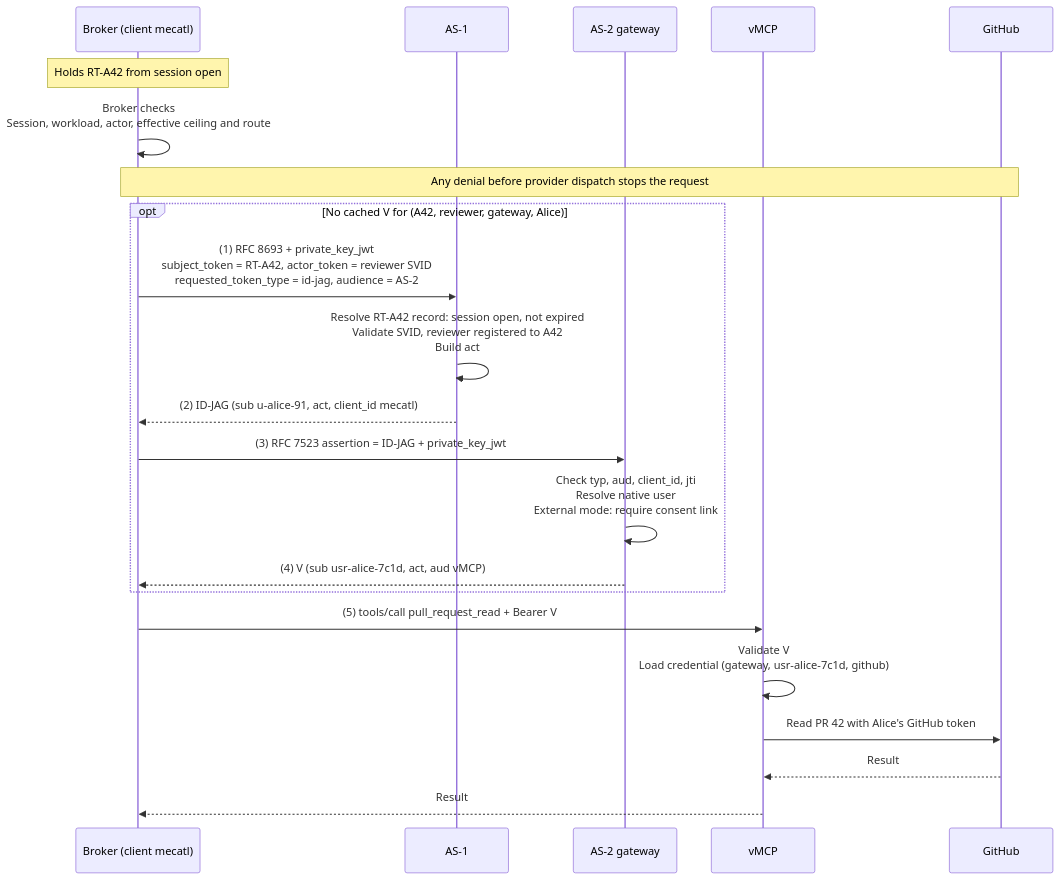
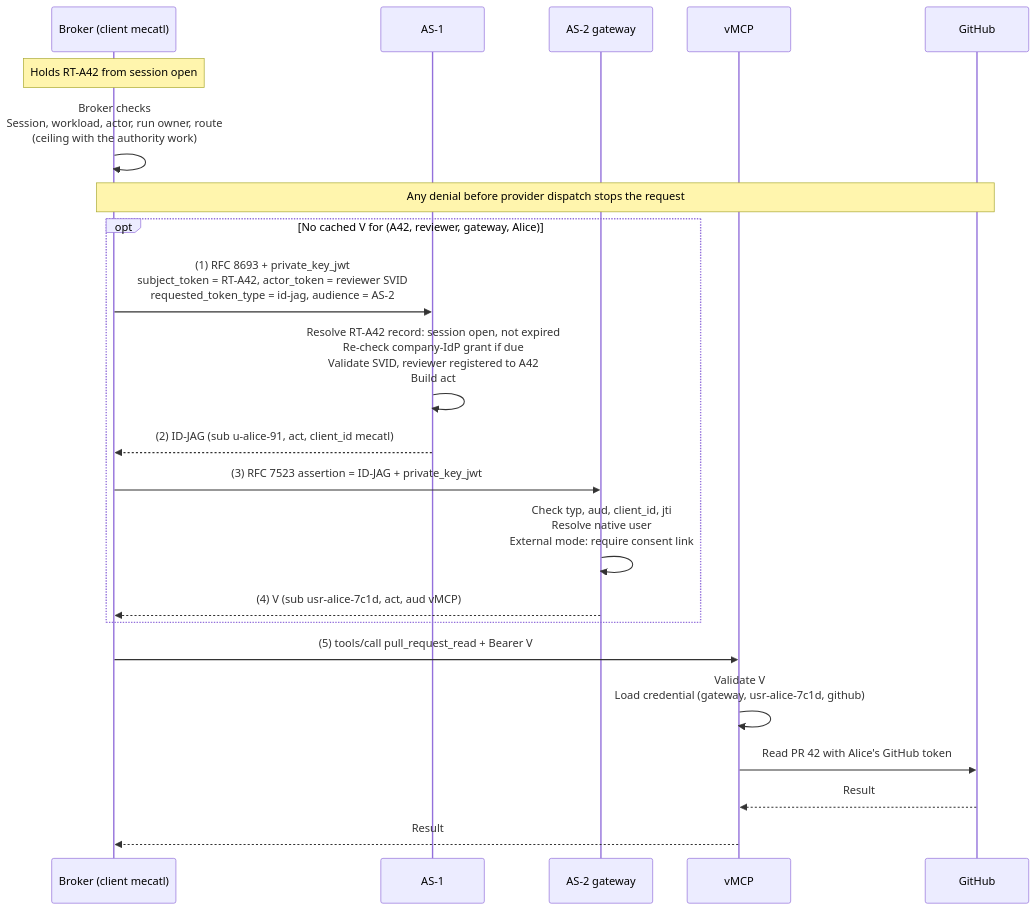
Before and after one commit to stacklok/mecatl: the diagram in docs/drafts/agent-identity/mcp-gateway-modes.md, drawn with Mermaid. The commit also changed other lines of this file and 6 other files, not shown here.

````diff
--- a/docs/drafts/agent-identity/mcp-gateway-modes.md
+++ b/docs/drafts/agent-identity/mcp-gateway-modes.md
@@ -46,25 +46,25 @@
 ```mermaid
 sequenceDiagram
     participant B as Broker (client mecatl)
     participant A1 as AS-1
     participant A2 as AS-2 gateway
     participant V as vMCP
     participant P as GitHub
 
     Note over B: Holds RT-A42 from session open
-    B->>B: Broker checks<br/>Session, workload, actor, effective ceiling and route
+    B->>B: Broker checks<br/>Session, workload, actor, run owner, route<br/>(ceiling with the authority work)
     Note over B,P: Any denial before provider dispatch stops the request
     opt No cached V for (A42, reviewer, gateway, Alice)
         B->>A1: (1) RFC 8693 + private_key_jwt<br/>subject_token = RT-A42, actor_token = reviewer SVID<br/>requested_token_type = id-jag, audience = AS-2
-        A1->>A1: Resolve RT-A42 record: session open, not expired<br/>Validate SVID, reviewer registered to A42<br/>Build act
+        A1->>A1: Resolve RT-A42 record: session open, not expired<br/>Re-check company-IdP grant if due<br/>Validate SVID, reviewer registered to A42<br/>Build act
         A1-->>B: (2) ID-JAG (sub u-alice-91, act, client_id mecatl)
         B->>A2: (3) RFC 7523 assertion = ID-JAG + private_key_jwt
         A2->>A2: Check typ, aud, client_id, jti<br/>Resolve native user<br/>External mode: require consent link
         A2-->>B: (4) V (sub usr-alice-7c1d, act, aud vMCP)
     end
     B->>V: (5) tools/call pull_request_read + Bearer V
     V->>V: Validate V<br/>Load credential (gateway, usr-alice-7c1d, github)
     V->>P: Read PR 42 with Alice's GitHub token
     P-->>V: Result
     V-->>B: Result
 ```
````
